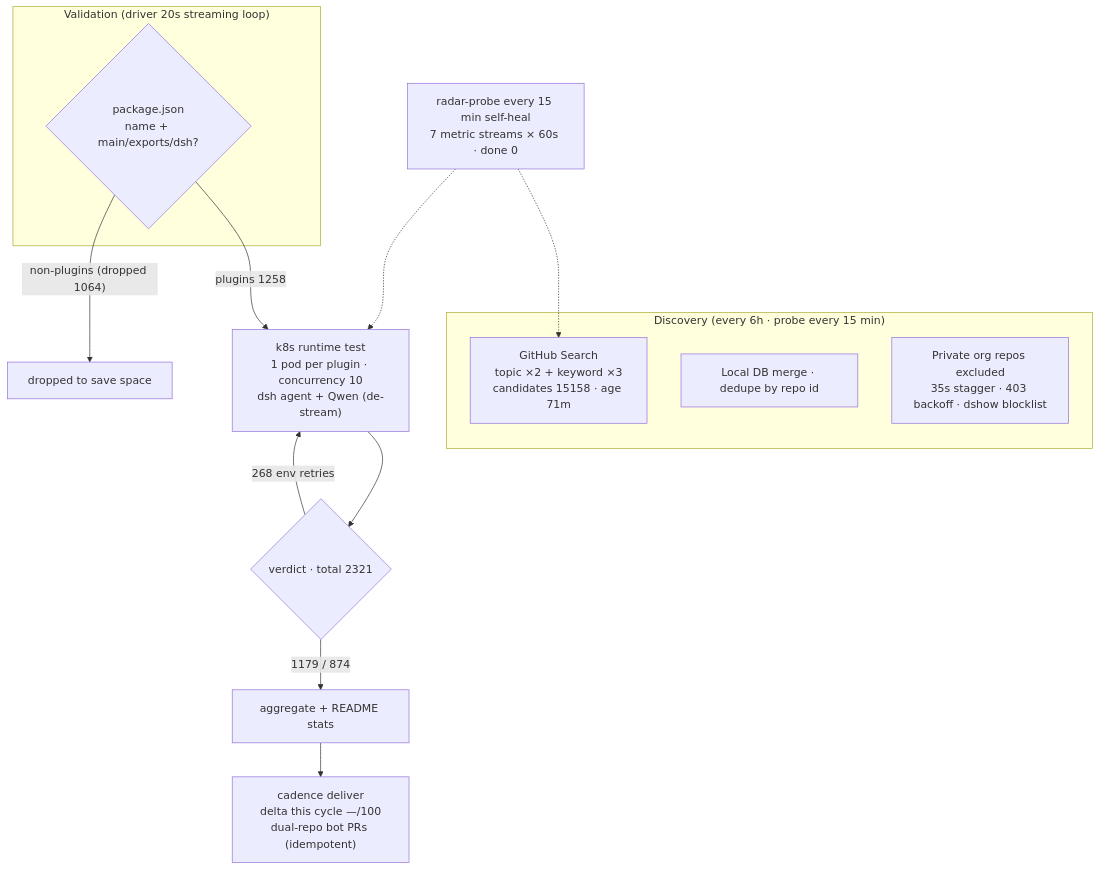
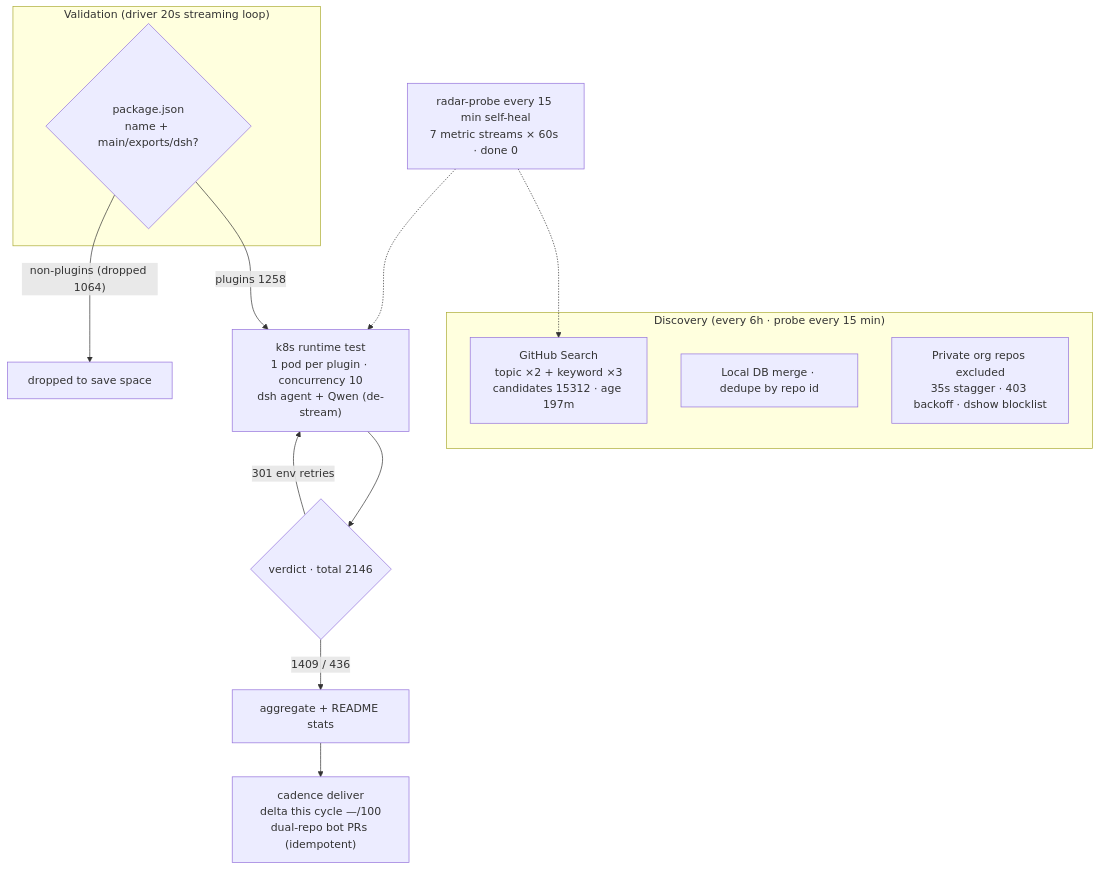
One commit to AdamPlatin123/awesome-dsh-plugins changed the diagram in README.en-US.md. Above: the diagram before and after it, drawn with Mermaid. The commit also changed other lines of this file and 5 other files, not shown here.

````diff
--- a/README.en-US.md
+++ b/README.en-US.md
@@ -30,20 +30,20 @@
 ```mermaid
 flowchart TB
     subgraph Discovery["Discovery (every 6h · probe every 15 min)"]
-        A1["GitHub Search<br/>topic ×2 + keyword ×3<br/>candidates 15158 · age 71m"]
+        A1["GitHub Search<br/>topic ×2 + keyword ×3<br/>candidates 15312 · age 197m"]
         A2["Local DB merge · dedupe by repo id"]
         A3["Private org repos excluded<br/>35s stagger · 403 backoff · dshow blocklist"]
     end
     subgraph Validation["Validation (driver 20s streaming loop)"]
         B1{"package.json<br/>name + main/exports/dsh?"}
     end
     B1 -->|"plugins 1258"| C1["k8s runtime test<br/>1 pod per plugin · concurrency 10<br/>dsh agent + Qwen (de-stream)"]
     B1 -->|"non-plugins (dropped 1064)"| B3["dropped to save space"]
-    C1 --> D1{"verdict · total 2321"}
-    D1 -->|"1179 / 874"| E1["aggregate + README stats"]
-    D1 -->|"268 env retries"| C1
+    C1 --> D1{"verdict · total 2146"}
+    D1 -->|"1409 / 436"| E1["aggregate + README stats"]
+    D1 -->|"301 env retries"| C1
     E1 --> E2["cadence deliver<br/>delta this cycle —/100<br/>dual-repo bot PRs (idempotent)"]
     M["radar-probe every 15 min self-heal<br/>7 metric streams × 60s · done 0"]
     M -.-> A1
     M -.-> C1
 ```
````
